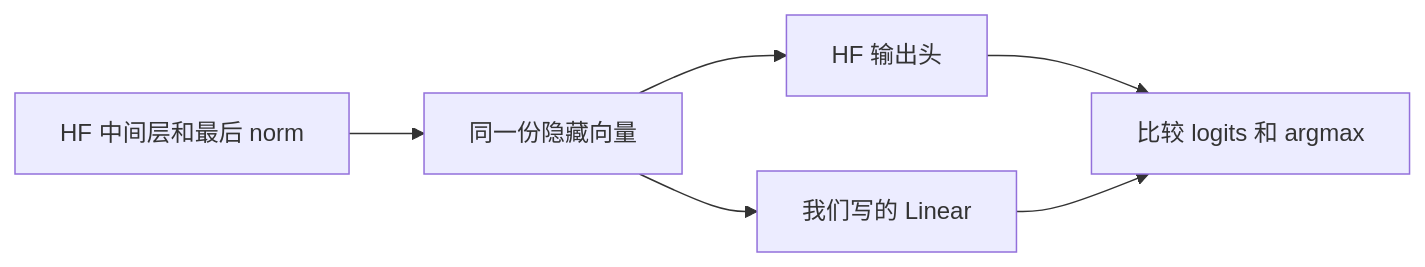
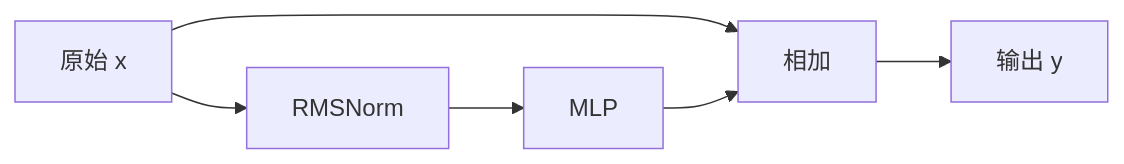
One commit to logitshq/minivllm changed the third of 3 diagrams in docs/tutorial-v2/02-从ID到向量再到分数.md. Above: the diagram before and after it, drawn with Mermaid. The commit also changed other lines of this file and 5 other files, not shown here.

````diff
--- a/docs/tutorial-v2/02-从ID到向量再到分数.md
+++ b/docs/tutorial-v2/02-从ID到向量再到分数.md
@@ -143,8 +262,8 @@
 ```mermaid
 flowchart LR
-    A[HF 中间层和最后 norm] --> B[同一份隐藏向量]
-    B --> C[HF 输出头]
-    B --> D[我们写的 Linear]
-    C --> E[比较 logits 和 argmax]
-    D --> E
+    A[原始 x] --> B[RMSNorm]
+    B --> C[MLP]
+    A --> D[相加]
+    C --> D
+    D --> E[输出 y]
 ```
````
